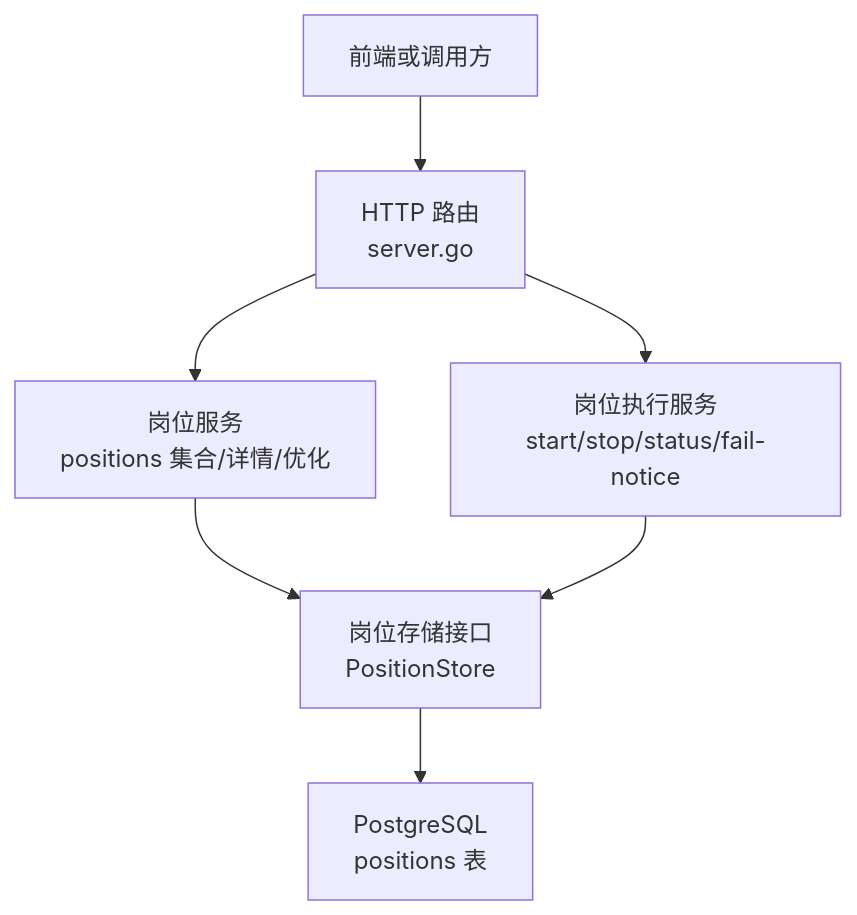
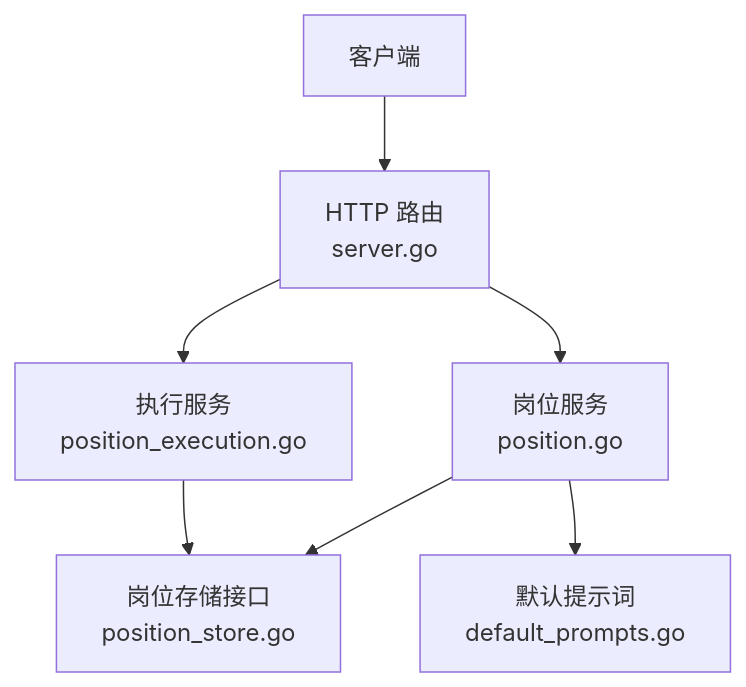
Before and after one commit to alvinwangzi/goodhr: the first of 4 diagrams in .qoder/repowiki/zh/content/API接口文档/云端REST API/岗位管理API/岗位配置管理接口.md, drawn with Mermaid. The commit also changed other lines of this file and 149 other files, not shown here.

````diff
--- a/.qoder/repowiki/zh/content/API接口文档/云端REST API/岗位管理API/岗位配置管理接口.md
+++ b/.qoder/repowiki/zh/content/API接口文档/云端REST API/岗位管理API/岗位配置管理接口.md
@@ -32,9 +34,9 @@
 ```mermaid
 graph TB
-Client["前端或调用方"] --> Router["HTTP 路由<br/>server.go"]
-Router --> PositionService["岗位服务<br/>positions 集合/详情/优化"]
-Router --> ExecService["岗位执行服务<br/>start/stop/status/fail-notice"]
-PositionService --> Store["岗位存储接口<br/>PositionStore"]
-ExecService --> Store
-Store --> DB["PostgreSQL<br/>positions 表"]
+Client["客户端"] --> Router["HTTP 路由<br/>server.go"]
+Router --> PosSvc["岗位服务<br/>position.go"]
+Router --> ExecSvc["执行服务<br/>position_execution.go"]
+PosSvc --> Store["岗位存储接口<br/>position_store.go"]
+ExecSvc --> Store
+PosSvc --> Prompts["默认提示词<br/>default_prompts.go"]
 ```
````
